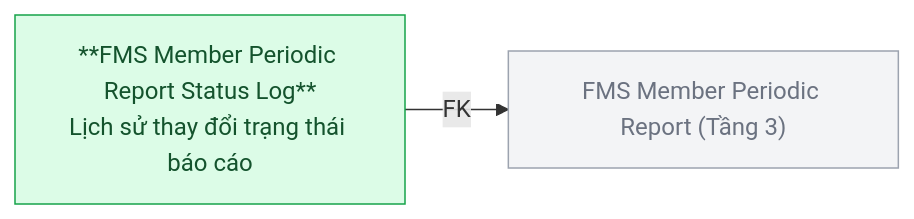
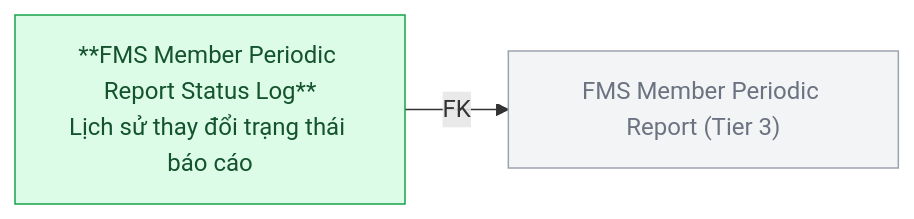
One commit to linhlvit/ubck_atomic_design changed the fourth of 7 diagrams in Silver/hld/FMS_HLD_Tier4.md. Above: the diagram before and after it, drawn with Mermaid. The commit also changed other lines of this file and 111 other files, not shown here.

````diff
--- a/Silver/hld/FMS_HLD_Tier4.md
+++ b/Silver/hld/FMS_HLD_Tier4.md
@@ -86,10 +81,10 @@
 ```mermaid
 graph LR
     classDef silver fill:#dcfce7,stroke:#16a34a,color:#14532d
     classDef refnode fill:#f3f4f6,stroke:#9ca3af,color:#6b7280
 
-    RPT["FMS Member Periodic Report (Tầng 3)"]:::refnode
+    RPT["FMS Member Periodic Report (Tier 3)"]:::refnode
     LOG["**FMS Member Periodic Report Status Log**\nLịch sử thay đổi trạng thái báo cáo"]:::silver
 
     LOG -->|FK| RPT
 ```
````
